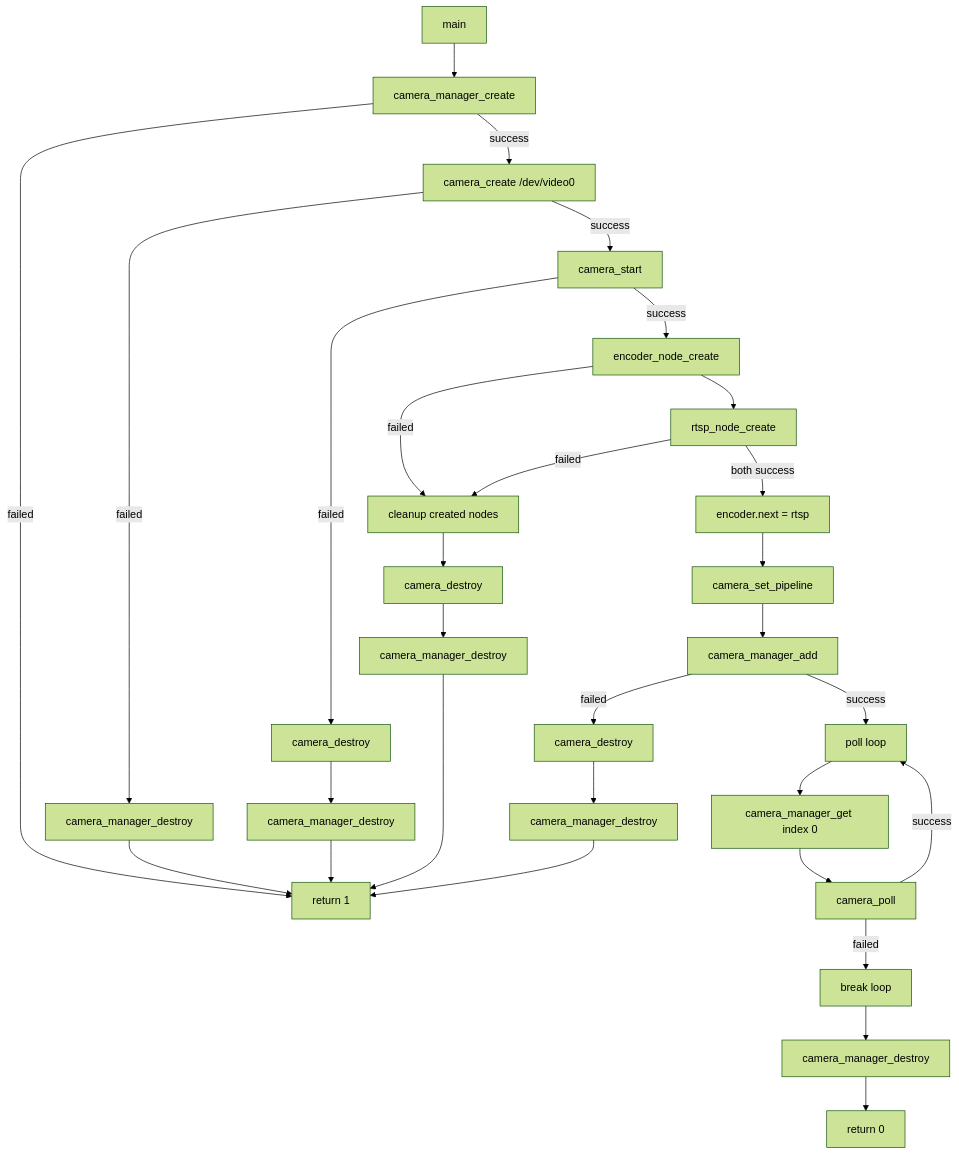
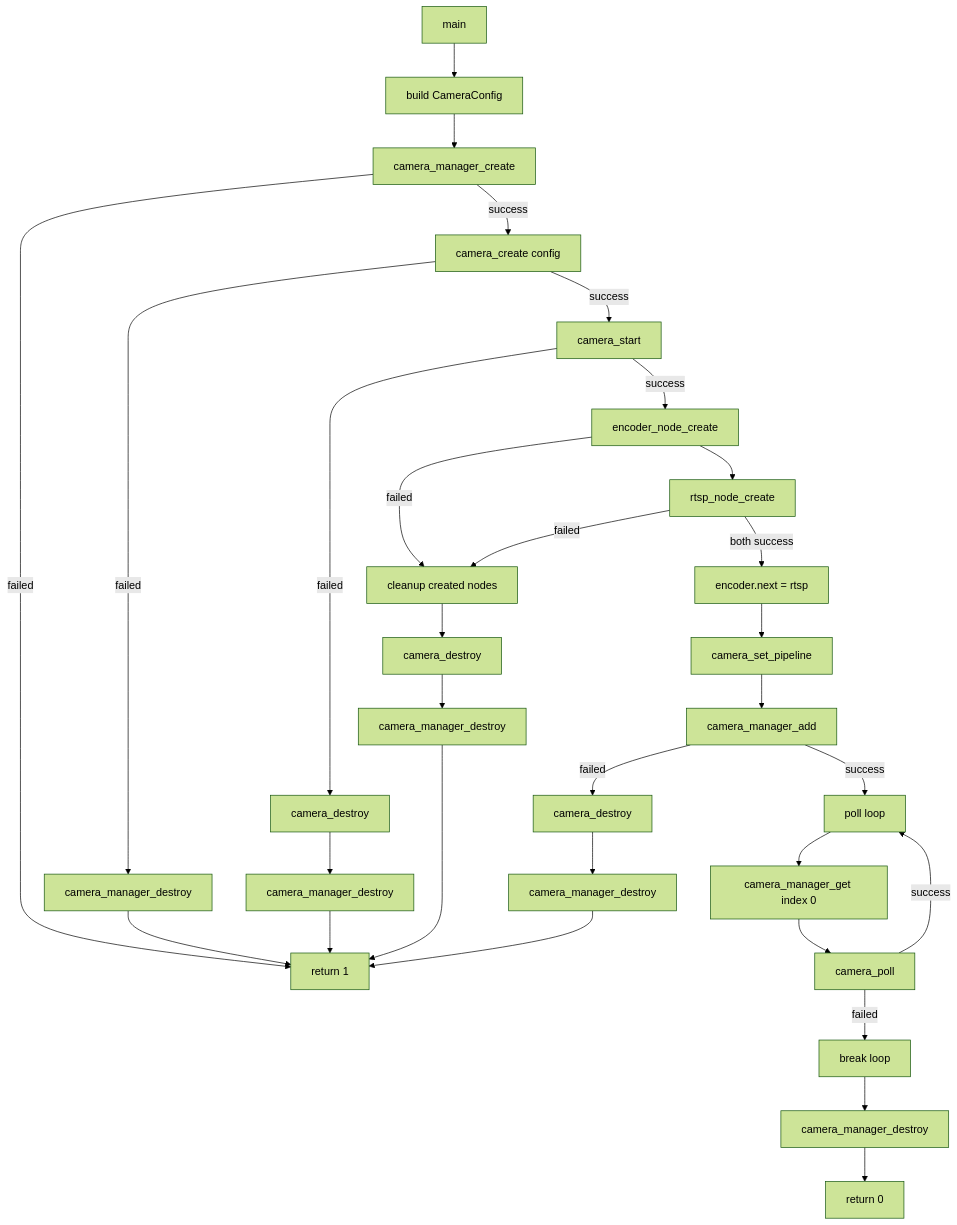
Before and after one commit to originalcore/rk3588_camera: the first of 7 diagrams in CAMERA_FLOWCHARTS.md, drawn with Mermaid (forest theme). The commit also changed other lines of this file and 11 other files, not shown here.

````diff
--- a/CAMERA_FLOWCHARTS.md
+++ b/CAMERA_FLOWCHARTS.md
@@ -9,37 +9,38 @@
 ```mermaid
 flowchart TD
-    A[main] --> B[camera_manager_create]
-    B -->|success| C[camera_create /dev/video0]
+    A[main] --> A1[build CameraConfig]
+    A1 --> B[camera_manager_create]
+    B -->|success| C[camera_create config]
     B -->|failed| Z1[return 1]
 
     C -->|success| D[camera_start]
     C -->|failed| C1[camera_manager_destroy]
     C1 --> Z1
 
     D -->|success| E[encoder_node_create]
     D -->|failed| D1[camera_destroy]
     D1 --> D2[camera_manager_destroy]
     D2 --> Z1
 
     E --> F[rtsp_node_create]
     F -->|both success| G[encoder.next = rtsp]
     E -->|failed| E1[cleanup created nodes]
     F -->|failed| E1
     E1 --> E2[camera_destroy]
     E2 --> E3[camera_manager_destroy]
     E3 --> Z1
 
     G --> H[camera_set_pipeline]
     H --> I[camera_manager_add]
     I -->|success| J[poll loop]
     I -->|failed| I1[camera_destroy]
     I1 --> I2[camera_manager_destroy]
     I2 --> Z1
 
     J --> K[camera_manager_get index 0]
     K --> L[camera_poll]
     L -->|success| J
     L -->|failed| M[break loop]
     M --> N[camera_manager_destroy]
     N --> O[return 0]
 ```
````
